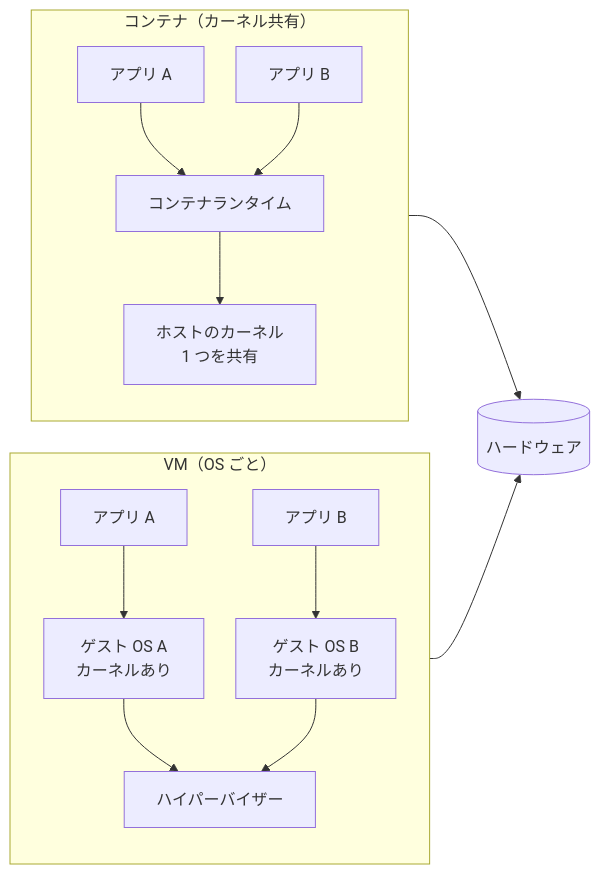
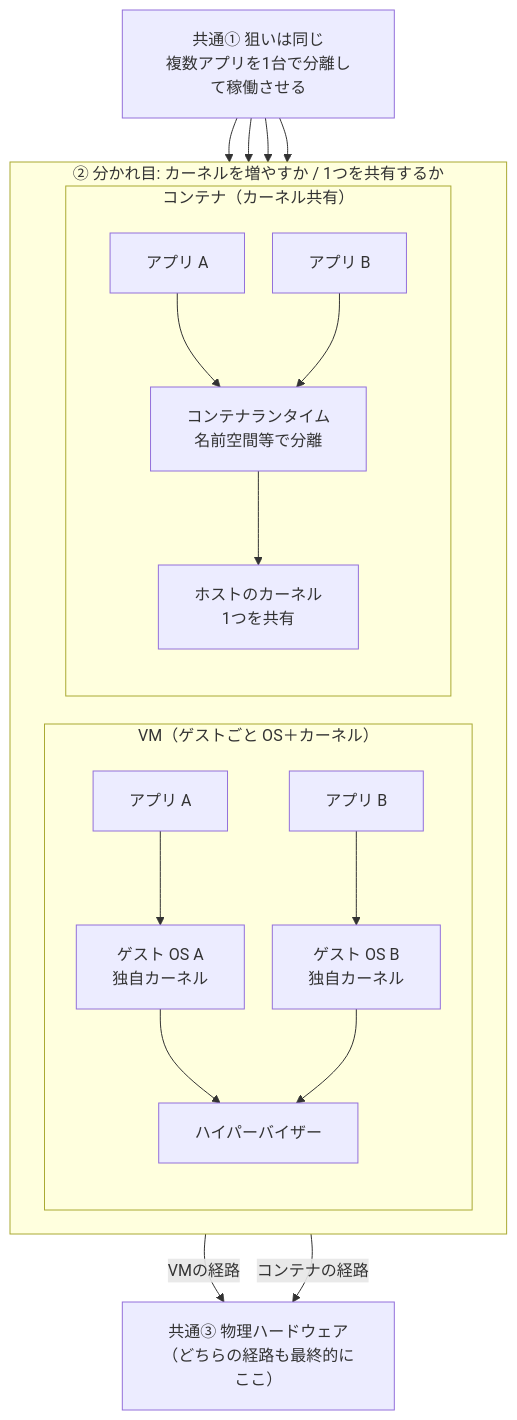
Before and after one commit to HayatoToyoda/DK: the first of 2 diagrams in foundation/01-what-is-docker/README.md, drawn with Mermaid. The commit also changed other lines of this file and 43 other files, not shown here.

````diff
--- a/foundation/01-what-is-docker/README.md
+++ b/foundation/01-what-is-docker/README.md
@@ -58,22 +68,33 @@
 ```mermaid
-%%{init: {'flowchart': {'nodeSpacing': 32, 'rankSpacing': 48, 'padding': 16, 'subgraphTitleMargin': 8}}}%%
-flowchart LR
-  subgraph V["VM（OS ごと）"]
-    direction TB
-    vA[アプリ A] --> vGA["ゲスト OS A<br/>カーネルあり"]
-    vB[アプリ B] --> vGB["ゲスト OS B<br/>カーネルあり"]
-    vGA --> vHV[ハイパーバイザー]
-    vGB --> vHV
+%%{init: {'flowchart': {'nodeSpacing': 28, 'rankSpacing': 44, 'padding': 18, 'subgraphTitleMargin': 10}}}%%
+flowchart TB
+  goal["共通① 狙いは同じ<br/>複数アプリを1台で分離して稼働させる"]
+
+  subgraph branch["② 分かれ目: カーネルを増やすか / 1つを共有するか"]
+    direction LR
+
+    subgraph VM["VM（ゲストごと OS＋カーネル）"]
+      direction TB
+      vA[アプリ A] --> vGA["ゲスト OS A<br/>独自カーネル"]
+      vB[アプリ B] --> vGB["ゲスト OS B<br/>独自カーネル"]
+      vGA --> vHV[ハイパーバイザー]
+      vGB --> vHV
+    end
+
+    subgraph CT["コンテナ（カーネル共有）"]
+      direction TB
+      cA[アプリ A] --> cRT["コンテナランタイム<br/>名前空間等で分離"]
+      cB[アプリ B] --> cRT
+      cRT --> cK["ホストのカーネル<br/>1つを共有"]
+    end
   end
 
-  subgraph C["コンテナ（カーネル共有）"]
-    direction TB
-    cA[アプリ A] --> cRT[コンテナランタイム]
-    cB[アプリ B] --> cRT
-    cRT --> cK["ホストのカーネル<br/>1 つを共有"]
-  end
+  HW["共通③ 物理ハードウェア<br/>（どちらの経路も最終的にここ）"]
 
-  HW[(ハードウェア)]
-  vHV --> HW
-  cK --> HW
+  goal --> vA
+  goal --> vB
+  goal --> cA
+  goal --> cB
+  vHV -->|VMの経路| HW
+  cK -->|コンテナの経路| HW
 ```
````
